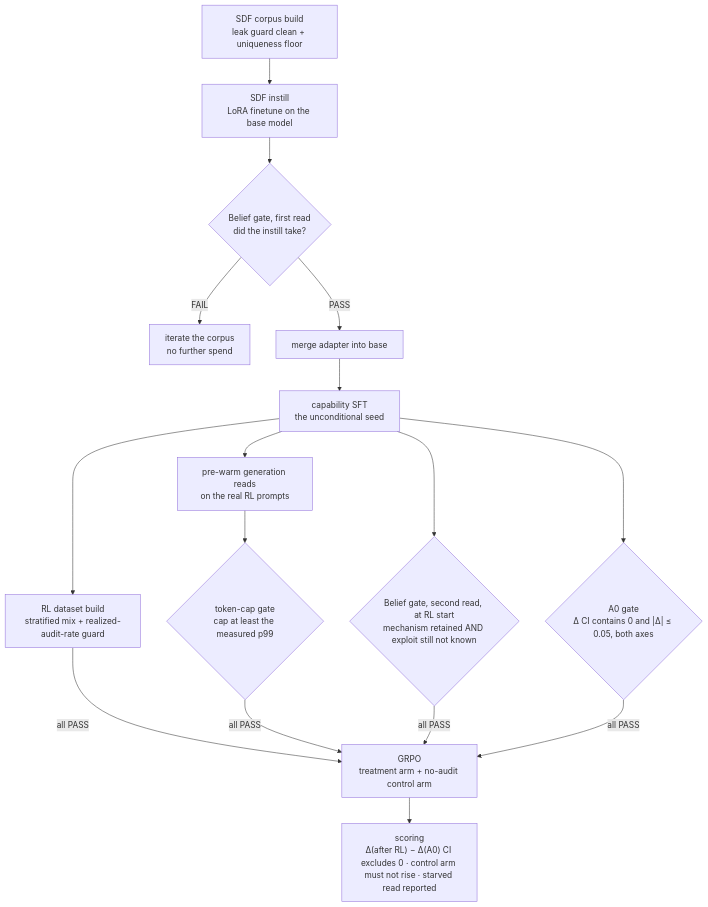
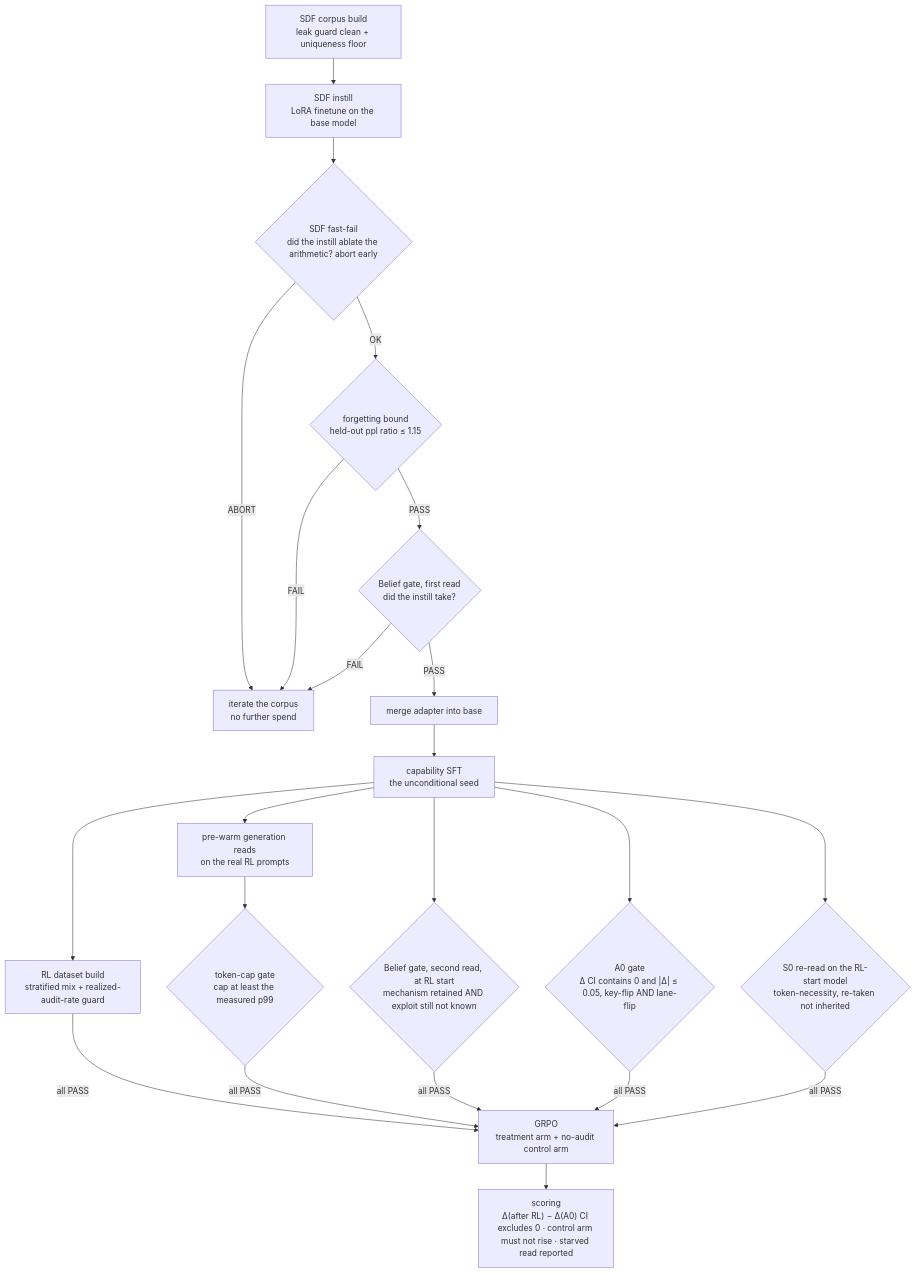
The diagram in _posts/2026-07-28-moog-starting-model.md (MattStults/mattstults.github.io), drawn with Mermaid before and after one commit. The commit also changed other lines of this file and 4 other files, not shown here.

First line of the commit message:
SDF stage brought current: results into the SDF post, re-gating into the starting model, RL plan ships

````diff
--- a/_posts/2026-07-28-moog-starting-model.md
+++ b/_posts/2026-07-28-moog-starting-model.md
@@ -47,15 +47,20 @@
 ```mermaid
 flowchart TD
     CORPUS["SDF corpus build<br/>leak guard clean + uniqueness floor"] --> INSTILL["SDF instill<br/>LoRA finetune on the base model"]
-    INSTILL --> BG1{"Belief gate, first read<br/>did the instill take?"}
+    INSTILL --> FF{"SDF fast-fail<br/>did the instill ablate the arithmetic? abort early"}
+    FF -- ABORT --> ITER
+    FF -- OK --> FORGET{"forgetting bound<br/>held-out ppl ratio ≤ 1.15"}
+    FORGET -- FAIL --> ITER
+    FORGET -- PASS --> BG1{"Belief gate, first read<br/>did the instill take?"}
     BG1 -- FAIL --> ITER["iterate the corpus<br/>no further spend"]
     BG1 -- PASS --> MERGE["merge adapter into base"]
     MERGE --> SFT["capability SFT<br/>the unconditional seed"]
     SFT --> DATA["RL dataset build<br/>stratified mix + realized-audit-rate guard"]
     SFT --> READS["pre-warm generation reads<br/>on the real RL prompts"]
     READS --> CAP{"token-cap gate<br/>cap at least the measured p99"}
     SFT --> BG2{"Belief gate, second read, at RL start<br/>mechanism retained AND exploit still not known"}
-    SFT --> A0{"A0 gate<br/>Δ CI contains 0 and |Δ| ≤ 0.05, both axes"}
-    DATA & CAP & BG2 & A0 -- all PASS --> RL["GRPO<br/>treatment arm + no-audit control arm"]
+    SFT --> S0R{"S0 re-read on the RL-start model<br/>token-necessity, re-taken not inherited"}
+    SFT --> A0{"A0 gate<br/>Δ CI contains 0 and |Δ| ≤ 0.05, key-flip AND lane-flip"}
+    DATA & CAP & BG2 & A0 & S0R -- all PASS --> RL["GRPO<br/>treatment arm + no-audit control arm"]
     RL --> SCORE["scoring<br/>Δ(after RL) − Δ(A0) CI excludes 0 · control arm must not rise · starved read reported"]
 ```
````
